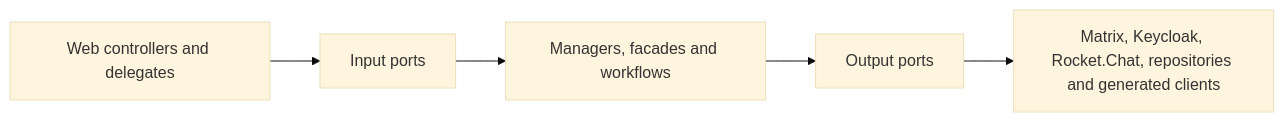
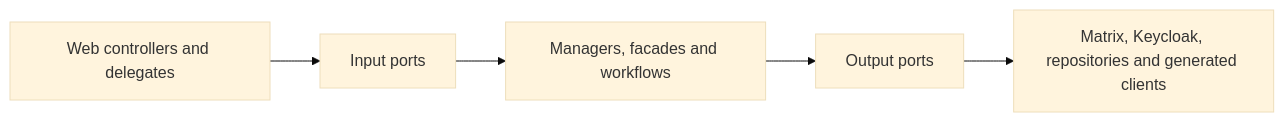
The diagram in documentation/USER_SERVICE_STABILITY.md (OpenResilienceInitiative/ORISO-UserService), drawn with Mermaid (base theme) before and after one commit. The commit also changed other lines of this file and 12 other files, not shown here.

````diff
--- a/documentation/USER_SERVICE_STABILITY.md
+++ b/documentation/USER_SERVICE_STABILITY.md
@@ -184,10 +184,10 @@
 ```mermaid
 flowchart LR
   HTTP[Web controllers and delegates]
   IN[Input ports]
   APP[Managers, facades and workflows]
   OUT[Output ports]
-  ADAPTERS[Matrix, Keycloak, Rocket.Chat, repositories and generated clients]
+  ADAPTERS[Matrix, Keycloak, repositories and generated clients]
 
   HTTP --> IN --> APP --> OUT --> ADAPTERS
 ```
````
